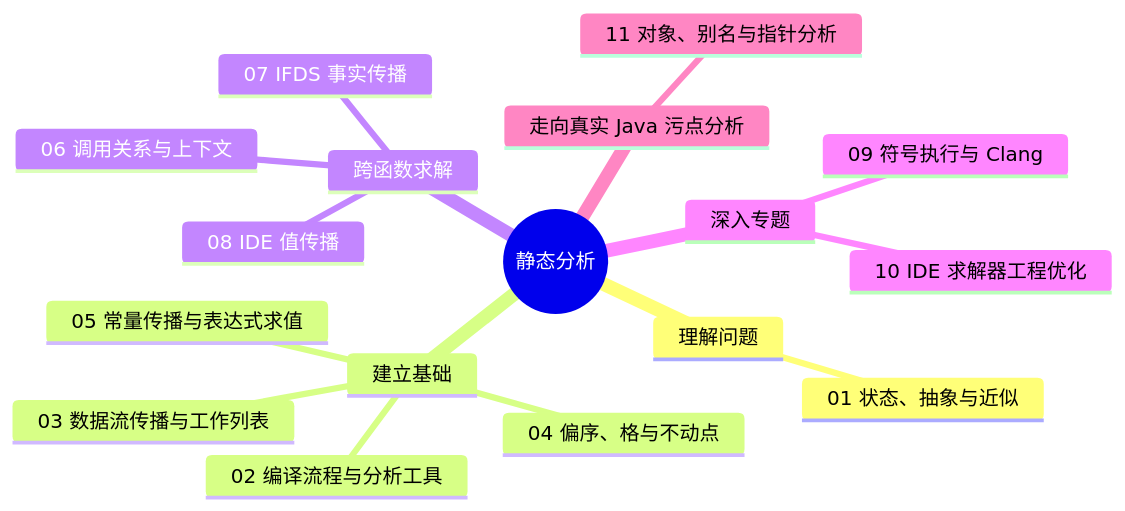
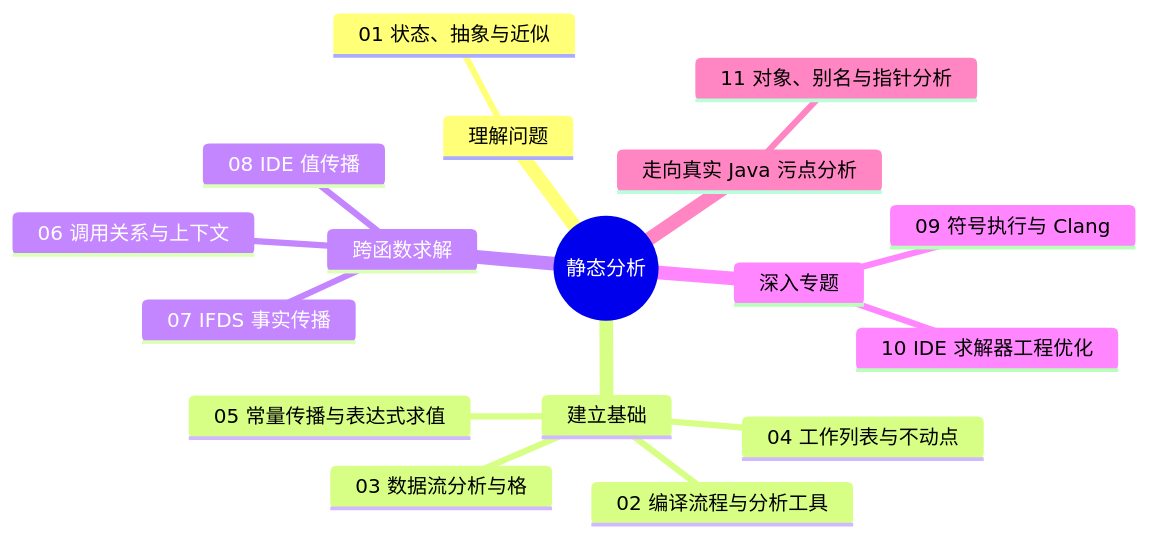
One commit to Scrates1/Scrates1.github.io changed the diagram in src/static-analysis/assets/00-series-1.mmd. Above: the diagram before and after it, drawn with Mermaid. The commit also changed 19 other files, not shown here.

First line of the commit message:
静态分析系列：03/04 重组为「数据流分析与格」「工作列表与不动点」，同步总览、术语表与依赖图

```diff
--- a/src/static-analysis/assets/00-series-1.mmd
+++ b/src/static-analysis/assets/00-series-1.mmd
@@ -1,18 +1,18 @@
 mindmap
   root((静态分析))
     理解问题
       01 状态、抽象与近似
     建立基础
       02 编译流程与分析工具
-      03 数据流传播与工作列表
-      04 偏序、格与不动点
+      03 数据流分析与格
+      04 工作列表与不动点
       05 常量传播与表达式求值
     跨函数求解
       06 调用关系与上下文
       07 IFDS 事实传播
       08 IDE 值传播
     深入专题
       09 符号执行与 Clang
       10 IDE 求解器工程优化
     走向真实 Java 污点分析
       11 对象、别名与指针分析
```
